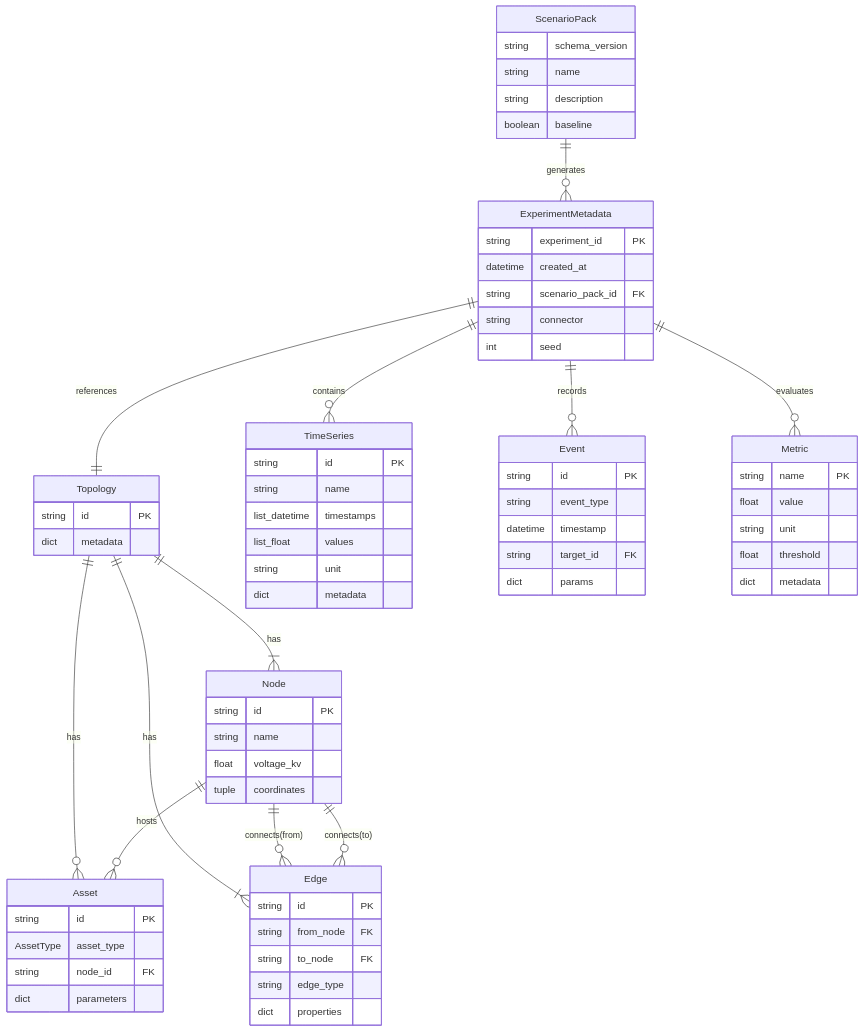
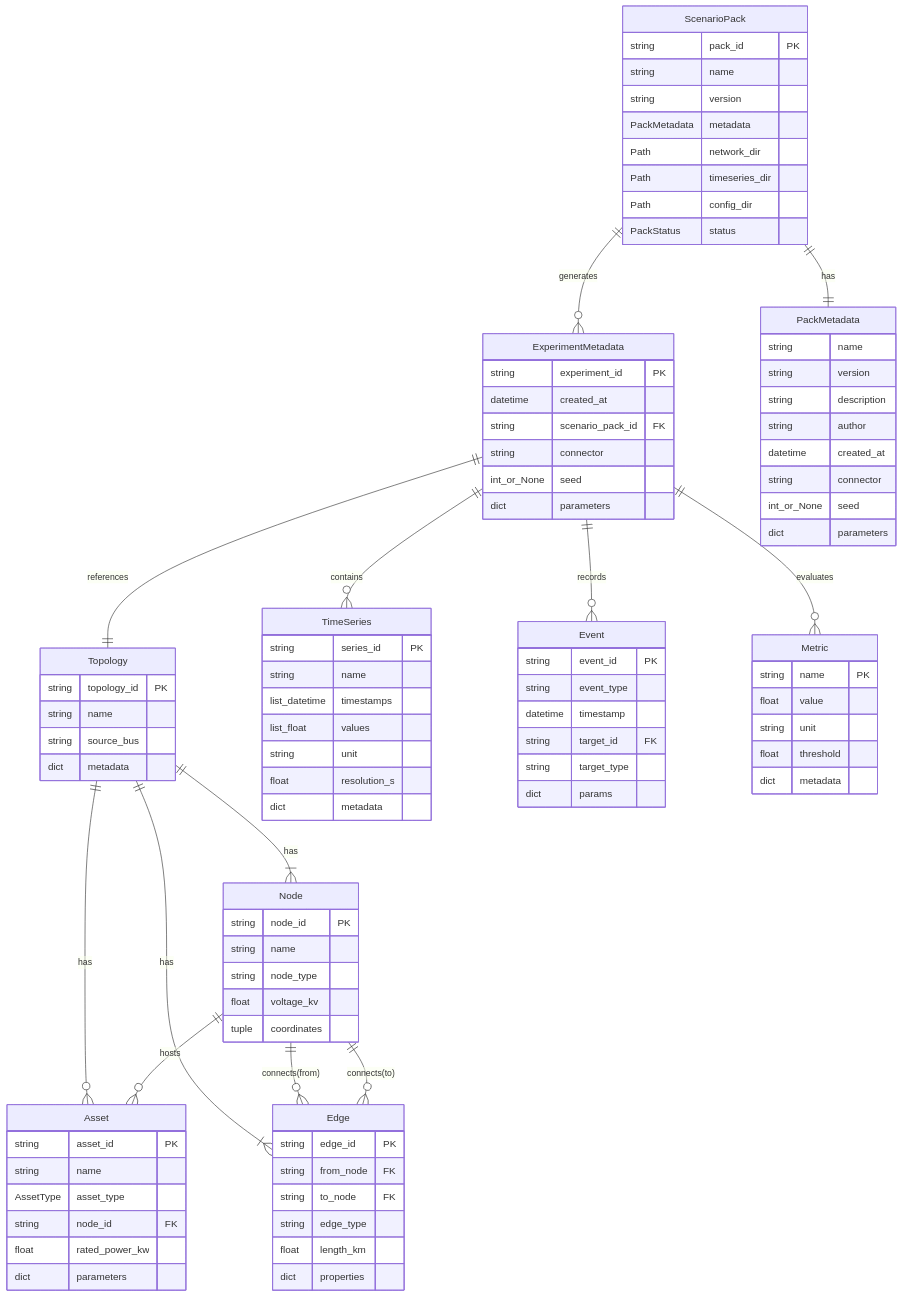
The diagram in docs/detailed_design/06_data_detail.md (bottlenome/gridflow), drawn with Mermaid before and after one commit. The commit also changed other lines of this file and 7 other files, not shown here.

```diff
--- a/docs/detailed_design/06_data_detail.md
+++ b/docs/detailed_design/06_data_detail.md
@@ -21,11 +22,28 @@
 erDiagram
     ScenarioPack ||--o{ ExperimentMetadata : "generates"
     ScenarioPack {
-        string schema_version
+        string pack_id PK
         string name
+        string version
+        PackMetadata metadata
+        Path network_dir
+        Path timeseries_dir
+        Path config_dir
+        PackStatus status
+    }
+
+    PackMetadata {
+        string name
+        string version
         string description
-        boolean baseline
+        string author
+        datetime created_at
+        string connector
+        int_or_None seed
+        dict parameters
     }
+
+    ScenarioPack ||--|| PackMetadata : "has"
 
     ExperimentMetadata ||--|| Topology : "references"
     ExperimentMetadata ||--o{ TimeSeries : "contains"
@@ -36,53 +54,62 @@
         datetime created_at
         string scenario_pack_id FK
         string connector
-        int seed
+        int_or_None seed
+        dict parameters
     }
 
     Topology ||--|{ Node : "has"
     Topology ||--|{ Edge : "has"
     Topology ||--o{ Asset : "has"
     Topology {
-        string id PK
+        string topology_id PK
+        string name
+        string source_bus
         dict metadata
     }
 
     Node {
-        string id PK
+        string node_id PK
         string name
+        string node_type
         float voltage_kv
         tuple coordinates
     }
 
     Edge {
-        string id PK
+        string edge_id PK
         string from_node FK
         string to_node FK
         string edge_type
+        float length_km
         dict properties
     }
 
     Asset {
-        string id PK
+        string asset_id PK
+        string name
         AssetType asset_type
         string node_id FK
+        float rated_power_kw
         dict parameters
     }
 
     TimeSeries {
-        string id PK
+        string series_id PK
         string name
         list_datetime timestamps
         list_float values
         string unit
+        float resolution_s
         dict metadata
     }
 
     Event {
-        string id PK
+        string event_id PK
         string event_type
         datetime timestamp
         string target_id FK
+        string target_type
         dict params
     }
 
```
